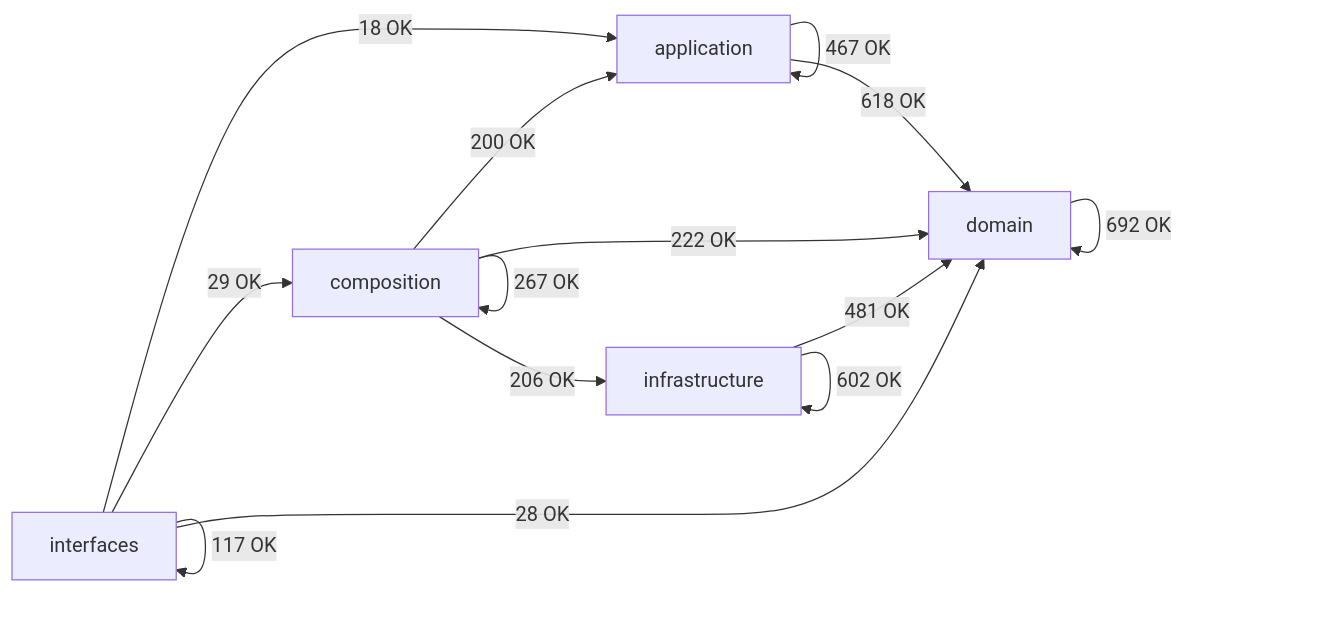
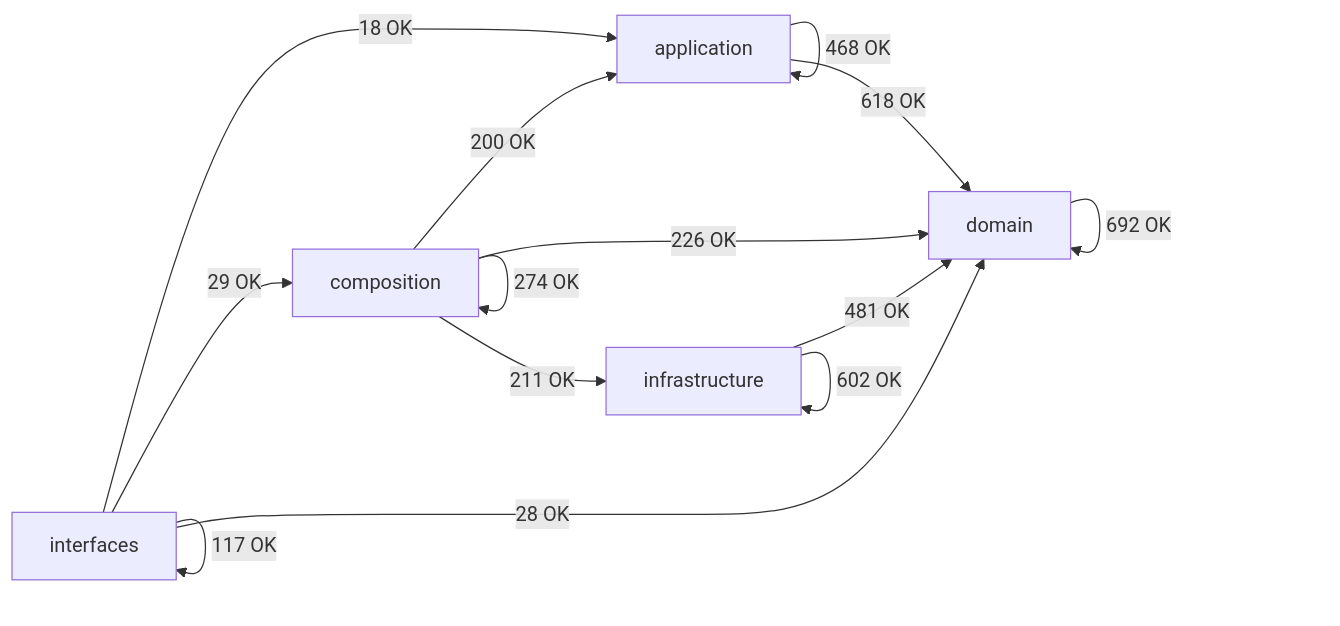
One commit to SatoryKono/BioactivityDataAcquisition changed the diagram in docs/02-architecture/generated/module-dependency-map.md. Above: the diagram before and after it, drawn with Mermaid. The commit also changed other lines of this file and 19 other files, not shown here.

First line of the commit message:
Refactor gold writer IO; add architecture & unit tests

````diff
--- a/docs/02-architecture/generated/module-dependency-map.md
+++ b/docs/02-architecture/generated/module-dependency-map.md
@@ -16,21 +16,21 @@
 ```mermaid
 flowchart LR
     domain[domain]
     application[application]
     infrastructure[infrastructure]
     composition[composition]
     interfaces[interfaces]
-    application -->|467 OK| application
+    application -->|468 OK| application
     application -->|618 OK| domain
     composition -->|200 OK| application
-    composition -->|267 OK| composition
-    composition -->|222 OK| domain
-    composition -->|206 OK| infrastructure
+    composition -->|274 OK| composition
+    composition -->|226 OK| domain
+    composition -->|211 OK| infrastructure
     domain -->|692 OK| domain
     infrastructure -->|481 OK| domain
     infrastructure -->|602 OK| infrastructure
     interfaces -->|18 OK| application
     interfaces -->|29 OK| composition
     interfaces -->|28 OK| domain
     interfaces -->|117 OK| interfaces
 ```
````
